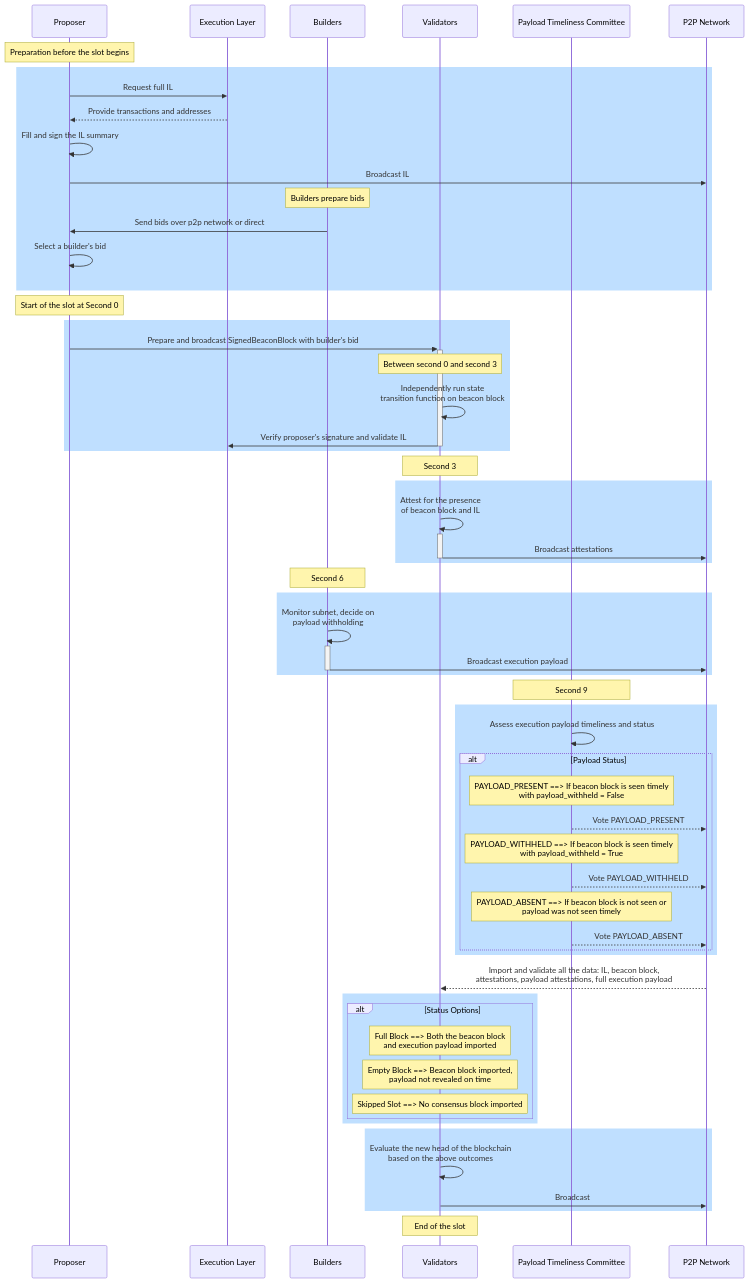
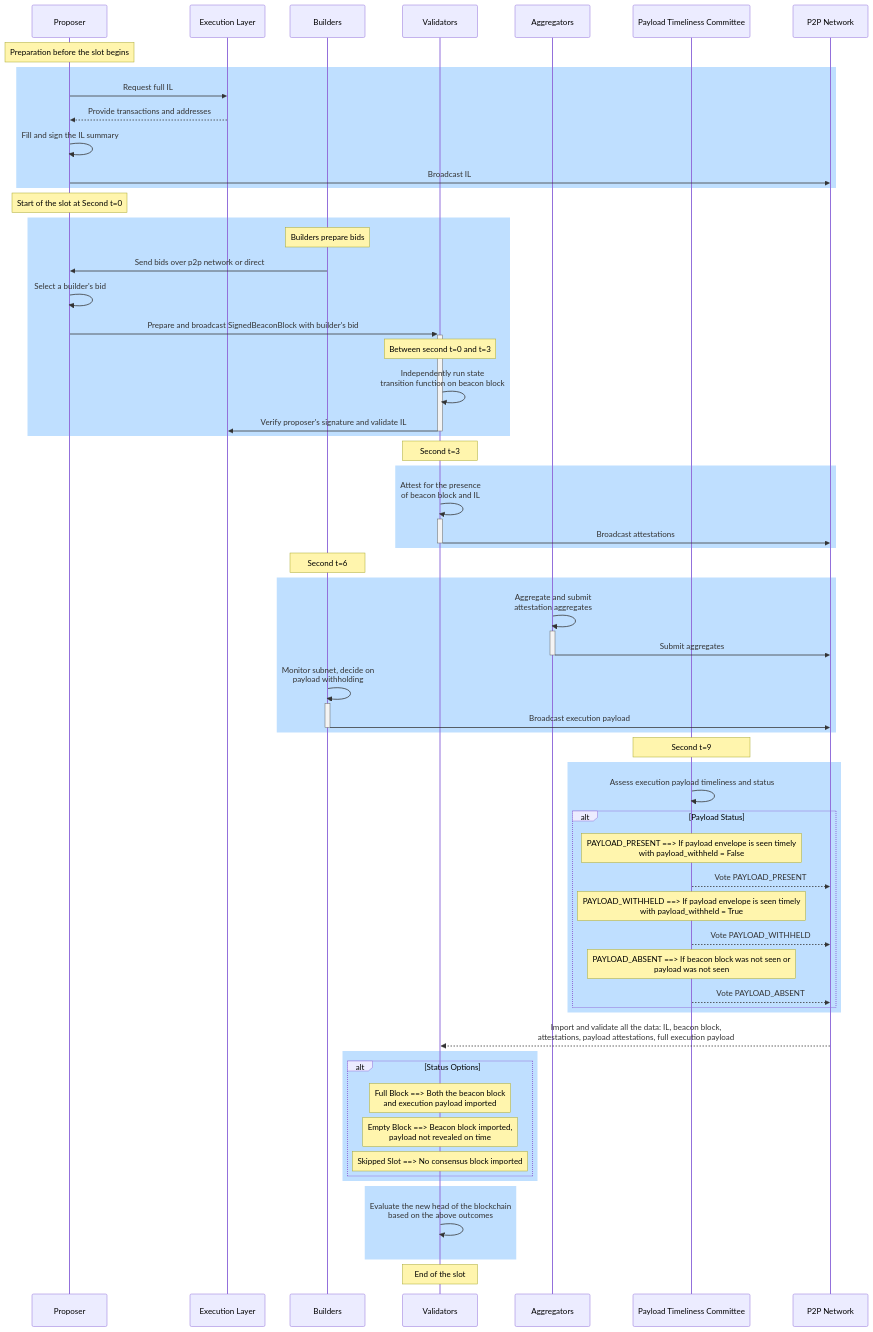
The third of 3 diagrams in docs/wiki/research/PBS/ePBS.md (eth-protocol-fellows/protocol-studies), drawn with Mermaid before and after one commit. The commit also changed other lines of this file and 1 other file, not shown here.

Commit message:
updated the epbs slot anatomy with the specs

````diff
--- a/docs/wiki/research/PBS/ePBS.md
+++ b/docs/wiki/research/PBS/ePBS.md
@@ -619,71 +619,76 @@
 ```mermaid
 sequenceDiagram
     participant Proposer
     participant EL as Execution Layer
     participant Builders
     participant Validators
+        participant Aggregators
     participant PTC as Payload Timeliness Committee
     participant Network as P2P Network
 
     
     Note over Proposer: Preparation before the slot begins
     rect rgb(191, 223, 255)
     Proposer->>EL: Request full IL
     EL-->>Proposer: Provide transactions and addresses
     Proposer->>Proposer: Fill and sign the IL summary
     Proposer->>Network: Broadcast IL
 
+    end
+
+    Note over Proposer: Start of the slot at Second t=0
+    rect rgb(191, 223, 255)
     Note over Builders: Builders prepare bids
     Builders->>Proposer: Send bids over p2p network or direct
     Proposer->>Proposer: Select a builder's bid
-    end
 
-    Note over Proposer: Start of the slot at Second 0
-    rect rgb(191, 223, 255)
     Proposer->>+Validators: Prepare and broadcast SignedBeaconBlock with builder's bid
 
-    Note over Validators: Between second 0 and second 3
+    Note over Validators: Between second t=0 and t=3
     Validators->>Validators: Independently run state <br>transition function on beacon block
     Validators->>-EL: Verify proposer's signature and validate IL
     end
 
-    Note over Validators: Second 3
+    Note over Validators: Second t=3
     rect rgb(191, 223, 255)
     Validators->>+Validators: Attest for the presence<br> of beacon block and IL
     Validators->>-Network: Broadcast attestations    
     end
 
-    Note over Builders: Second 6
+    Note over Builders: Second t=6
     rect rgb(191, 223, 255)
+    Aggregators->>+Aggregators: Aggregate and submit<br> attestation aggregates
+    Aggregators->>-Network: Submit aggregates
+
     Builders->>+Builders: Monitor subnet, decide on<br> payload withholding
     Builders->>-Network: Broadcast execution payload
     end
+    
 
-    Note over PTC: Second 9
+    Note over PTC: Second t=9
     rect rgb(191, 223, 255)
     PTC->>PTC: Assess execution payload timeliness and status
     alt Payload Status
-        Note over PTC: PAYLOAD_PRESENT ==> If beacon block is seen timely <br>with payload_withheld = False
+        Note over PTC: PAYLOAD_PRESENT ==> If payload envelope is seen timely <br>with payload_withheld = False
         PTC-->>Network: Vote PAYLOAD_PRESENT
-        Note over PTC: PAYLOAD_WITHHELD ==> If beacon block is seen timely <br>with payload_withheld = True
+        Note over PTC: PAYLOAD_WITHHELD ==> If payload envelope is seen timely <br>with payload_withheld = True
         PTC-->>Network: Vote PAYLOAD_WITHHELD
-        Note over PTC: PAYLOAD_ABSENT ==> If beacon block is not seen or <br>payload was not seen timely
+        Note over PTC: PAYLOAD_ABSENT ==> If beacon block was not seen or <br>payload was not seen 
         PTC-->>Network: Vote PAYLOAD_ABSENT
     end
     end
 
     Network-->>Validators: Import and validate all the data: IL, beacon block, <br>attestations, payload attestations, full execution payload    
     rect rgb(191, 223, 255)
     alt Status Options
         Note over Validators: Full Block ==> Both the beacon block <br>and execution payload imported
         Note over Validators: Empty Block ==> Beacon block imported,<br> payload not revealed on time
     
         Note over Validators: Skipped Slot ==> No consensus block imported
     end
     end
     rect rgb(191, 223, 255)
     Validators->>Validators: Evaluate the new head of the blockchain<br> based on the above outcomes    
-    Validators->>Network: Broadcast
     end
     Note over Validators: End of the slot
 ```
````
